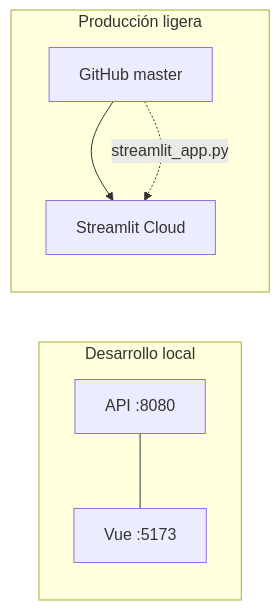
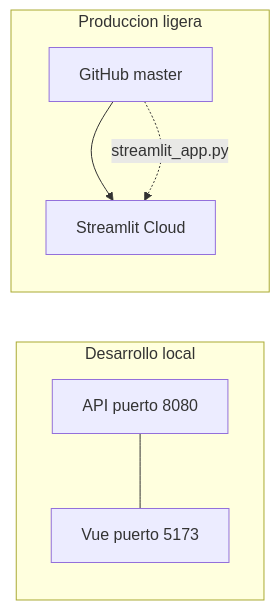
Before and after one commit to miguellucero123/METGO_3D_Quillota_60GB: the third of 4 diagrams in README.md, drawn with Mermaid. The commit also changed other lines of this file, not shown here.

Commit message:
fix(docs): diagramas Mermaid compatibles con GitHub

````diff
--- a/README.md
+++ b/README.md
@@ -135,16 +135,16 @@
 ```mermaid
 flowchart LR
-  subgraph Dev["Desarrollo local"]
-    LAPI[API :8080]
-    LVUE[Vue :5173]
+  subgraph dev_local [Desarrollo local]
+    LAPI["API puerto 8080"]
+    LVUE["Vue puerto 5173"]
   end
 
-  subgraph Cloud["Producción ligera"]
+  subgraph prod_ligera [Produccion ligera]
     GH[GitHub master]
     SC[Streamlit Cloud]
     GH --> SC
   end
 
   LAPI --- LVUE
   GH -.->|streamlit_app.py| SC
 ```
````
